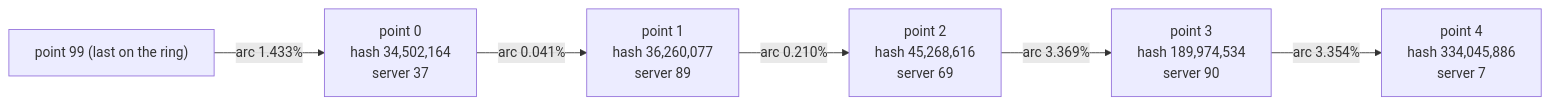
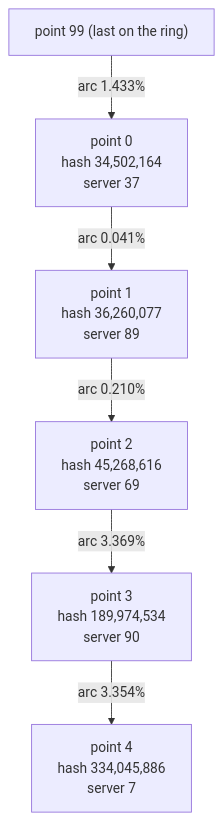
The second of 3 diagrams in dojo/lessons/2026-10-11-2-consistent-hashing-why-servers-need-many-hashes.md (yurii-mysak/scala-training-docs), drawn with Mermaid before and after one commit. The commit also changed other lines of this file and 44 other files, not shown here.

First line of the commit message:
dojo: reviewer fixes (legible top-down diagrams, log axes, reproducible timings, licence and citation corrections); asset map tracks content hashes

````diff
--- a/dojo/lessons/2026-10-11-2-consistent-hashing-why-servers-need-many-hashes.md
+++ b/dojo/lessons/2026-10-11-2-consistent-hashing-why-servers-need-many-hashes.md
@@ -71,8 +71,8 @@
 ```mermaid
-flowchart LR
+flowchart TD
   P99["point 99 (last on the ring)"] -->|"arc 1.433%"| P0["point 0<br/>hash 34,502,164<br/>server 37"]
   P0 -->|"arc 0.041%"| P1["point 1<br/>hash 36,260,077<br/>server 89"]
   P1 -->|"arc 0.210%"| P2["point 2<br/>hash 45,268,616<br/>server 69"]
   P2 -->|"arc 3.369%"| P3["point 3<br/>hash 189,974,534<br/>server 90"]
   P3 -->|"arc 3.354%"| P4["point 4<br/>hash 334,045,886<br/>server 7"]
 ```
````
